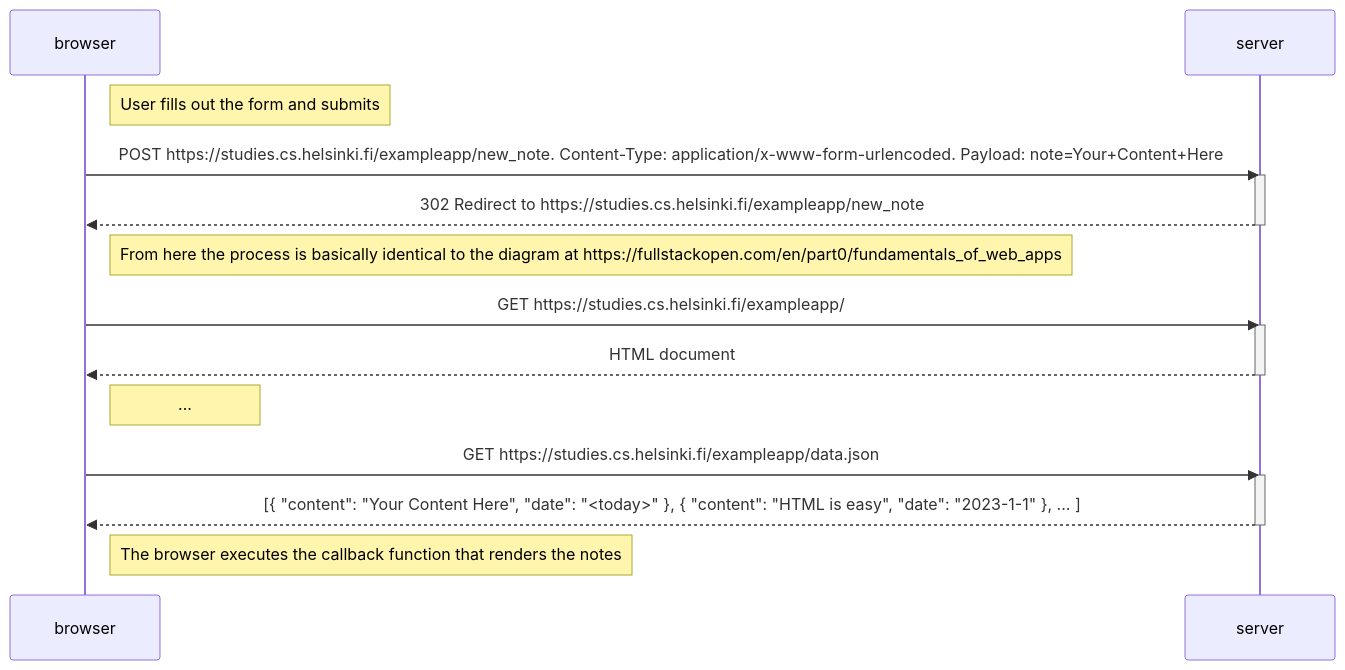
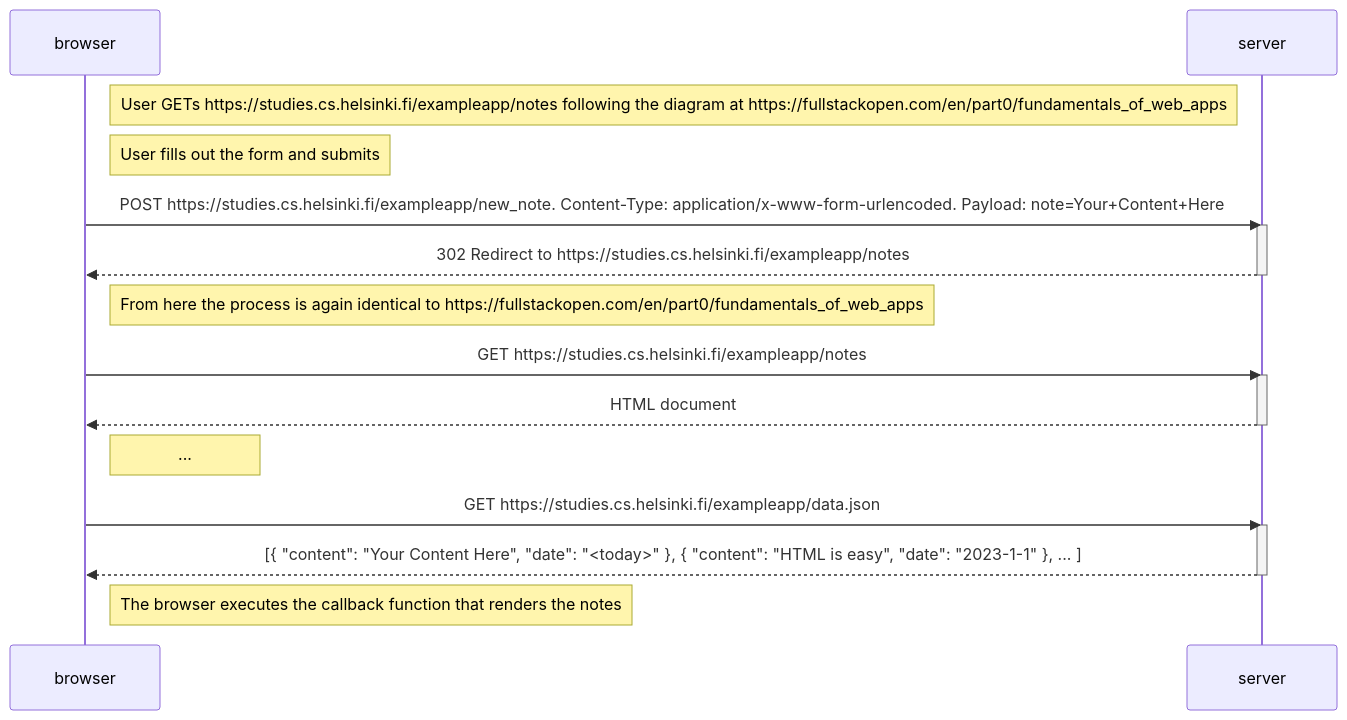
The diagram in part0/0.4 - New note diagram.md (dallasyoung/fullstackopen), drawn with Mermaid before and after one commit.

Commit message:
Fix a few mistaken URLs in 0.4

````diff
--- a/part0/0.4 - New note diagram.md
+++ b/part0/0.4 - New note diagram.md
@@ -1,27 +1,28 @@
 ```mermaid
 sequenceDiagram
     participant browser
     participant server
 
+    Note right of browser: User GETs https://studies.cs.helsinki.fi/exampleapp/notes following the diagram at https://fullstackopen.com/en/part0/fundamentals_of_web_apps#loading-a-page-containing-java-script-review
     Note right of browser: User fills out the form and submits
     browser->>server: POST https://studies.cs.helsinki.fi/exampleapp/new_note. Content-Type: application/x-www-form-urlencoded. Payload: note=Your+Content+Here # TODO: break this into multiple lines
     activate server
-    server-->>browser: 302 Redirect to https://studies.cs.helsinki.fi/exampleapp/new_note
+    server-->>browser: 302 Redirect to https://studies.cs.helsinki.fi/exampleapp/notes
     deactivate server
 
-    Note right of browser: From here the process is basically identical to the diagram at https://fullstackopen.com/en/part0/fundamentals_of_web_apps#loading-a-page-containing-java-script-review
+    Note right of browser: From here the process is again identical to https://fullstackopen.com/en/part0/fundamentals_of_web_apps#loading-a-page-containing-java-script-review
 
-    browser->>server: GET https://studies.cs.helsinki.fi/exampleapp/
+    browser->>server: GET https://studies.cs.helsinki.fi/exampleapp/notes
     activate server
     server-->>browser: HTML document
     deactivate server
 
     Note right of browser: ...
 
     browser->>server: GET https://studies.cs.helsinki.fi/exampleapp/data.json
     activate server
     server-->>browser: [{ "content": "Your Content Here", "date": "<today>" }, { "content": "HTML is easy", "date": "2023-1-1" }, ... ]
     deactivate server
 
     Note right of browser: The browser executes the callback function that renders the notes
 ```
````
